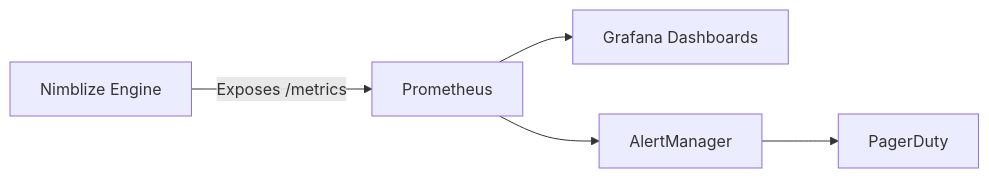
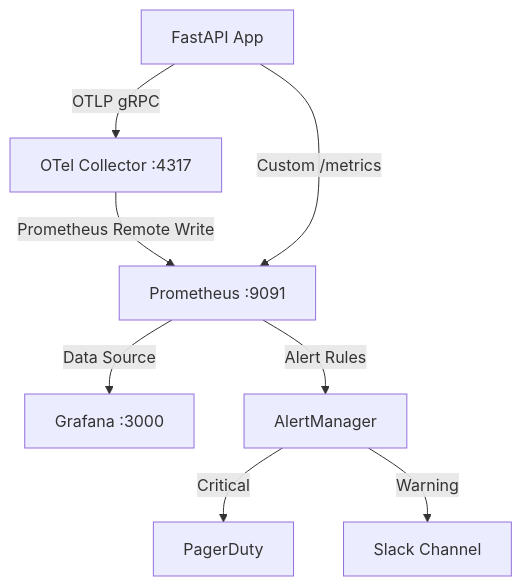
The seventh of 8 diagrams in docs/Nimblize_Future_Implementation_Roadmap.md (ruthvikgoud16/Nimblize-demo), drawn with Mermaid before and after one commit. The commit also changed other lines of this file and 1 other file, not shown here.

Commit message:
Regenerate deep 29-page future implementation roadmap report

````diff
--- a/docs/Nimblize_Future_Implementation_Roadmap.md
+++ b/docs/Nimblize_Future_Implementation_Roadmap.md
@@ -251,7 +646,10 @@
 ```mermaid
-graph LR
-    App[Nimblize Engine] -->|Exposes /metrics| Prom[Prometheus]
-    Prom --> Grafana[Grafana Dashboards]
-    Prom --> Alert[AlertManager]
-    Alert --> PD[PagerDuty]
+graph TD
+    API[FastAPI App] -->|OTLP gRPC| OTel[OTel Collector :4317]
+    OTel -->|Prometheus Remote Write| Prom[Prometheus :9091]
+    Prom -->|Data Source| Grafana[Grafana :3000]
+    Prom -->|Alert Rules| AM[AlertManager]
+    AM -->|Critical| PD[PagerDuty]
+    AM -->|Warning| Slack[Slack Channel]
+    API -->|Custom /metrics| Prom
 ```
````
